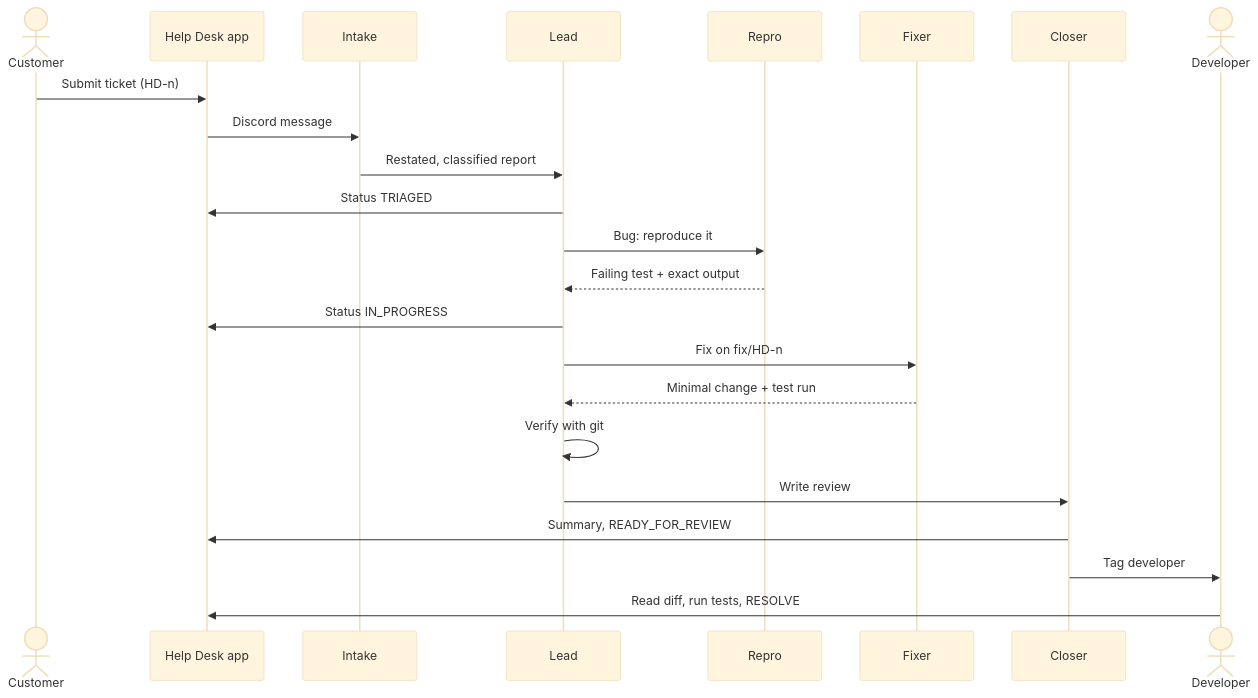
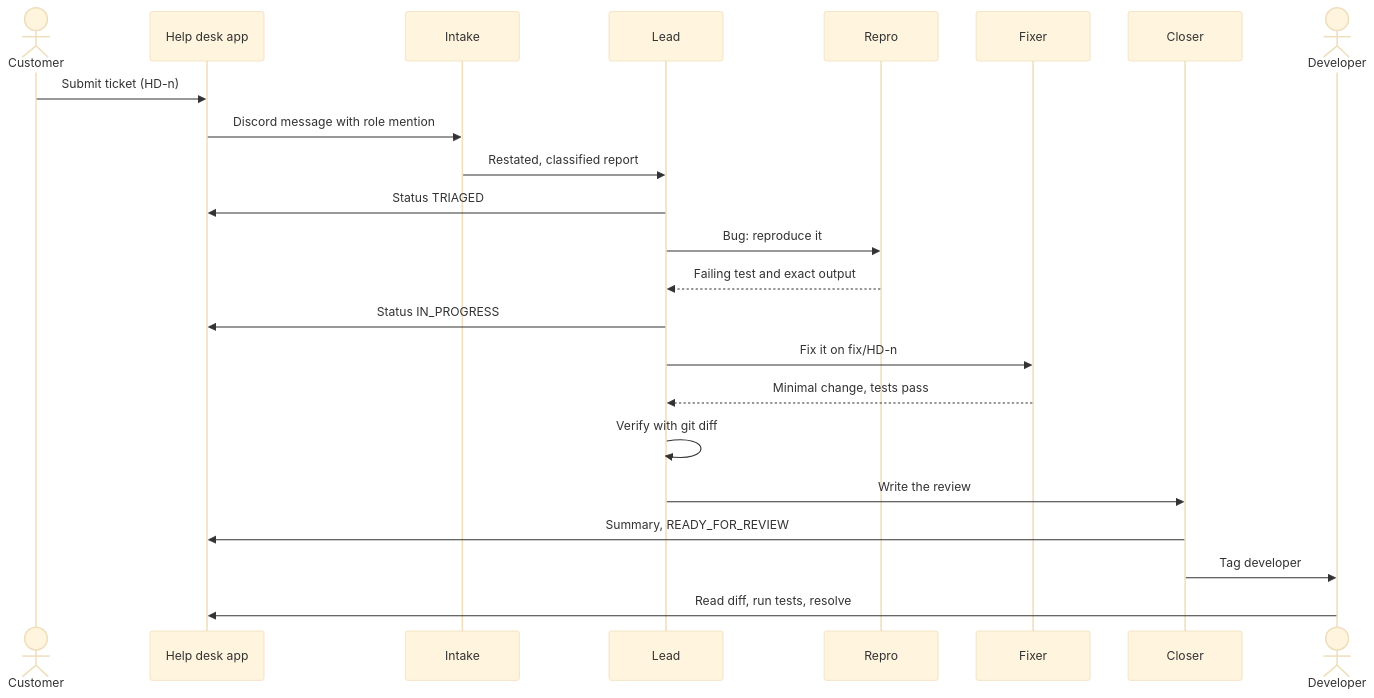
One commit to Sanradhya/help-desk changed the third of 5 diagrams in README.md. Above: the diagram before and after it, drawn with Mermaid (base theme). The commit also changed other lines of this file, not shown here.

````diff
--- a/README.md
+++ b/README.md
@@ -44,26 +121,26 @@
 ```mermaid
 sequenceDiagram
-  actor Cust as Customer
-  participant App as Help Desk app
-  participant In as Intake
-  participant Ld as Lead
-  participant Rp as Repro
-  participant Fx as Fixer
-  participant Cl as Closer
-  actor Dev as Developer
+    actor Cust as Customer
+    participant App as Help desk app
+    participant Intake
+    participant Lead
+    participant Repro
+    participant Fixer
+    participant Closer
+    actor Dev as Developer
 
-  Cust->>App: Submit ticket (HD-n)
-  App->>In: Discord message
-  In->>Ld: Restated, classified report
-  Ld->>App: Status TRIAGED
-  Ld->>Rp: Bug: reproduce it
-  Rp-->>Ld: Failing test + exact output
-  Ld->>App: Status IN_PROGRESS
-  Ld->>Fx: Fix on fix/HD-n
-  Fx-->>Ld: Minimal change + test run
-  Ld->>Ld: Verify with git
-  Ld->>Cl: Write review
-  Cl->>App: Summary, READY_FOR_REVIEW
-  Cl->>Dev: Tag developer
-  Dev->>App: Read diff, run tests, RESOLVE
+    Cust->>App: Submit ticket (HD-n)
+    App->>Intake: Discord message with role mention
+    Intake->>Lead: Restated, classified report
+    Lead->>App: Status TRIAGED
+    Lead->>Repro: Bug: reproduce it
+    Repro-->>Lead: Failing test and exact output
+    Lead->>App: Status IN_PROGRESS
+    Lead->>Fixer: Fix it on fix/HD-n
+    Fixer-->>Lead: Minimal change, tests pass
+    Lead->>Lead: Verify with git diff
+    Lead->>Closer: Write the review
+    Closer->>App: Summary, READY_FOR_REVIEW
+    Closer->>Dev: Tag developer
+    Dev->>App: Read diff, run tests, resolve
 ```
````
